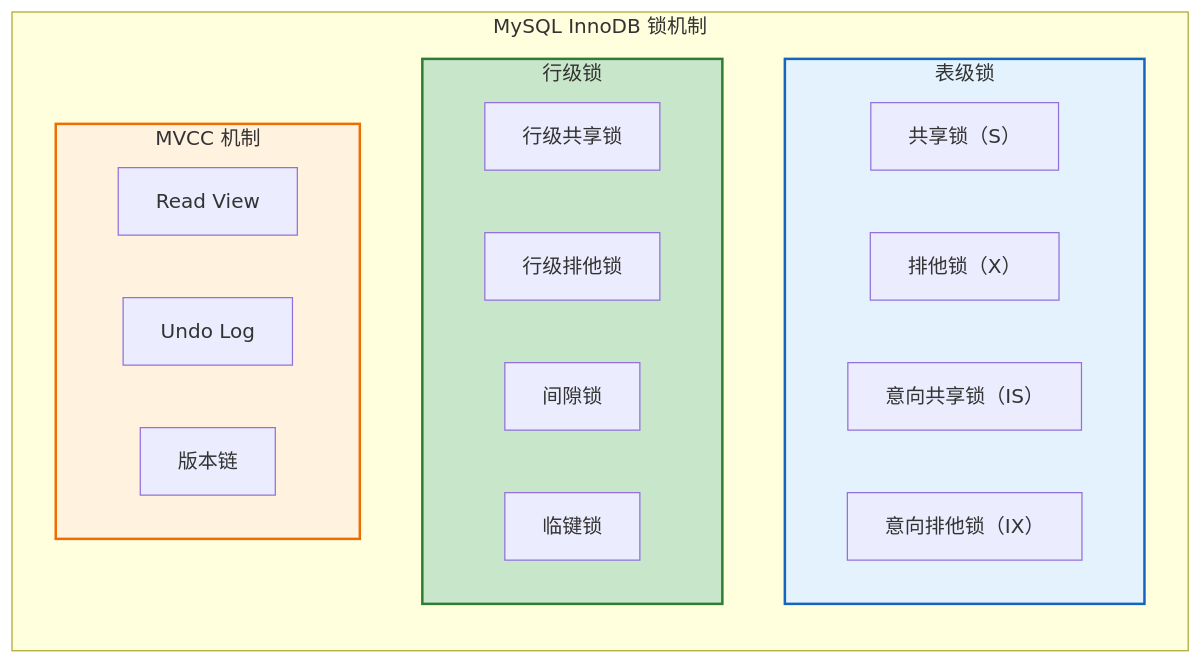
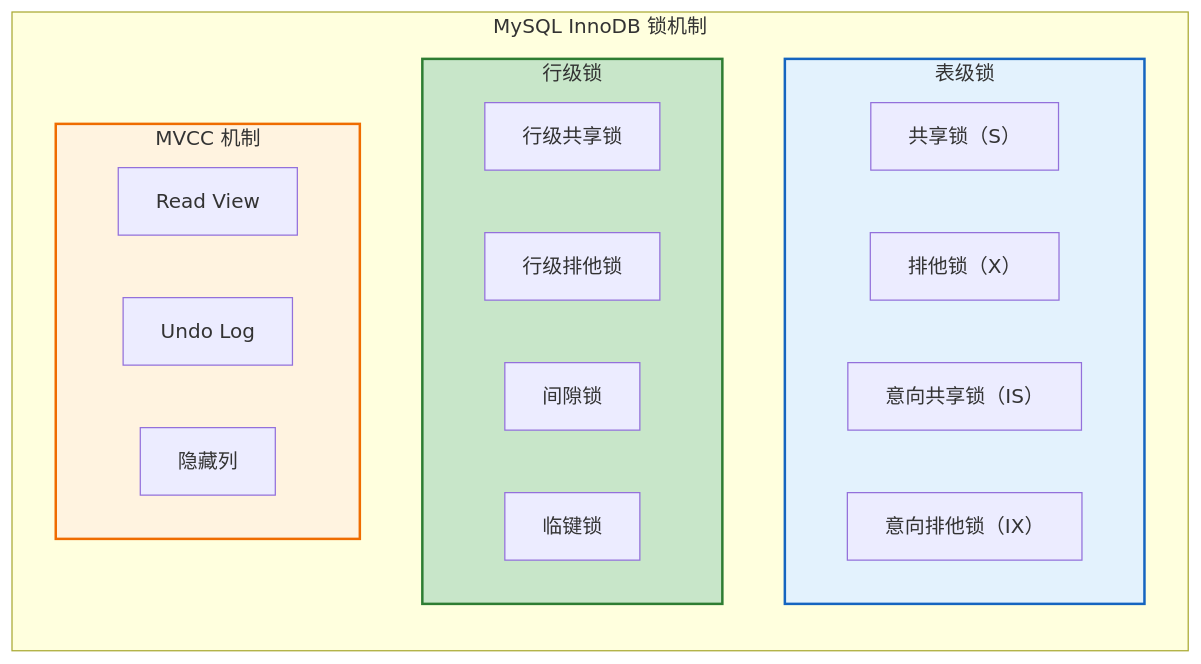
Before and after one commit to watslab/interview_doc: the seventh of 7 diagrams in document/MySQL/MySQL 多粒度锁机制详解.md, drawn with Mermaid. The commit also changed other lines of this file and 4 other files, not shown here.

````diff
--- a/document/MySQL/MySQL 多粒度锁机制详解.md
+++ b/document/MySQL/MySQL 多粒度锁机制详解.md
@@ -362,33 +357,33 @@
 ```mermaid
 flowchart TB
     subgraph MySQLLock["MySQL InnoDB 锁机制"]
         direction TB
         
         subgraph TableLevel["表级锁"]
             direction LR
             TS["共享锁（S）"]
             TX["排他锁（X）"]
             TIS["意向共享锁（IS）"]
             TIX["意向排他锁（IX）"]
         end
         
         subgraph RowLevel["行级锁"]
             direction LR
             RS["行级共享锁"]
             RX["行级排他锁"]
             Gap["间隙锁"]
             NextKey["临键锁"]
         end
         
         subgraph MVCCMechanism["MVCC 机制"]
             direction LR
             RV["Read View"]
             UL["Undo Log"]
-            VC["版本链"]
+            VC["隐藏列"]
         end
     end
     
     style TableLevel fill:#e3f2fd,stroke:#1565c0,stroke-width:2px
     style RowLevel fill:#c8e6c9,stroke:#2e7d32,stroke-width:2px
     style MVCCMechanism fill:#fff3e0,stroke:#ef6c00,stroke-width:2px
 ```
````
